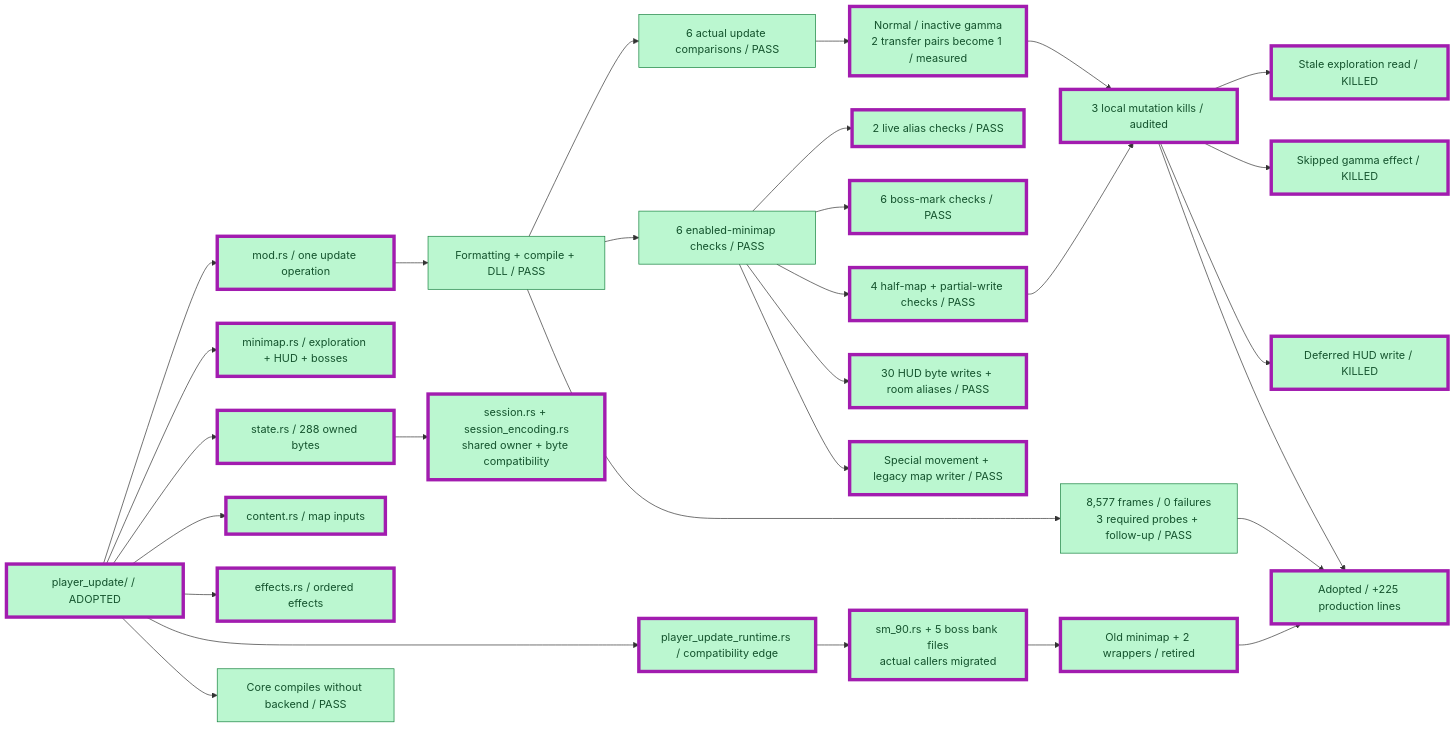
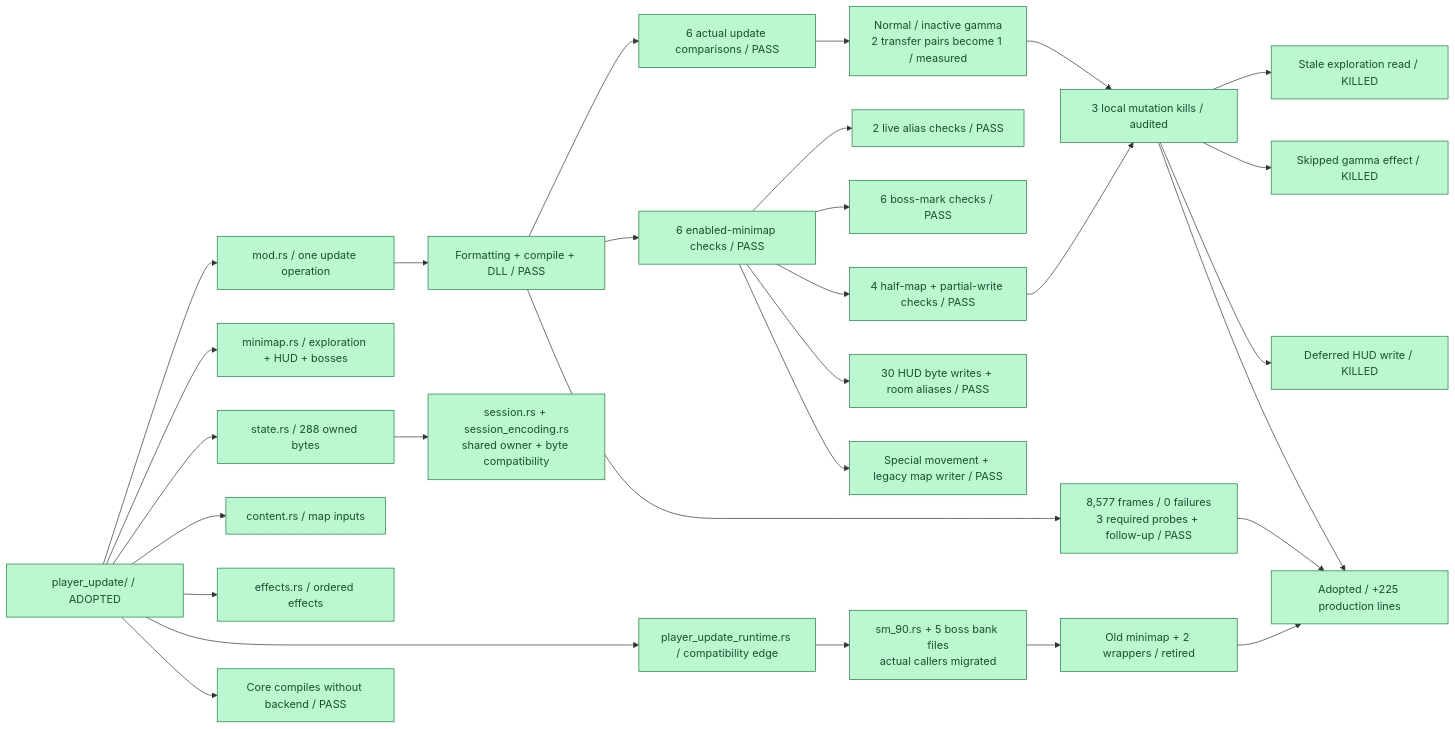
One commit to JimLundin/sm-decomp changed the third of 28 diagrams in PROGRESS.md. Above: the diagram before and after it, drawn with Mermaid. The commit also changed other lines of this file and 1 other file, not shown here.

````diff
--- a/PROGRESS.md
+++ b/PROGRESS.md
@@ -26,38 +61,37 @@
 ```mermaid
 flowchart LR
     UPDATE["player_update/ / ADOPTED"]:::done
     UPDATE --> API["mod.rs / one update operation"]:::done
     UPDATE --> MAP["minimap.rs / exploration + HUD + bosses"]:::done
     UPDATE --> STATE["state.rs / 288 owned bytes"]:::done
     UPDATE --> CONTENT["content.rs / map inputs"]:::done
     UPDATE --> EFFECTS["effects.rs / ordered effects"]:::done
     UPDATE --> HOST["player_update_runtime.rs / compatibility edge"]:::done
     STATE --> SESSION["session.rs + session_encoding.rs<br/>shared owner + byte compatibility"]:::done
     HOST --> CALLERS["sm_90.rs + 5 boss bank files<br/>actual callers migrated"]:::done
     CALLERS --> RETIRE["Old minimap + 2 wrappers / retired"]:::done
     API --> BUILD["Formatting + compile + DLL / PASS"]:::done
     UPDATE --> PURE["Core compiles without backend / PASS"]:::done
     BUILD --> BETA["6 actual update comparisons / PASS"]:::done
     BUILD --> ENABLED["6 enabled-minimap checks / PASS"]:::done
     BUILD --> MOVIE["8,577 frames / 0 failures<br/>3 required probes + follow-up / PASS"]:::done
     ENABLED --> ALIASES["2 live alias checks / PASS"]:::done
     ENABLED --> BOSS["6 boss-mark checks / PASS"]:::done
     ENABLED --> EDGES["4 half-map + partial-write checks / PASS"]:::done
     ENABLED --> CODEC["30 HUD byte writes + room aliases / PASS"]:::done
     ENABLED --> LEGACY["Special movement + legacy map writer / PASS"]:::done
     BETA --> TRANSFERS["Normal / inactive gamma<br/>2 transfer pairs become 1 / measured"]:::done
     EDGES --> MUT["3 local mutation kills / audited"]:::done
     TRANSFERS --> MUT
     MUT --> M1["Stale exploration read / KILLED"]:::done
     MUT --> M2["Skipped gamma effect / KILLED"]:::done
     MUT --> M3["Deferred HUD write / KILLED"]:::done
     RETIRE --> ADOPT["Adopted / +225 production lines"]:::done
     MOVIE --> ADOPT
     MUT --> ADOPT
-    class UPDATE,API,MAP,STATE,CONTENT,EFFECTS,HOST,SESSION,CALLERS,RETIRE,ALIASES,BOSS,EDGES,CODEC,LEGACY,TRANSFERS,MUT,M1,M2,M3,ADOPT changed
     classDef done fill:#bbf7d0,stroke:#15803d,color:#14532d
     classDef draft fill:#bfdbfe,stroke:#2563eb,color:#1e3a8a
     classDef active fill:#fed7aa,stroke:#ea580c,color:#7c2d12
     classDef pending fill:#f1f5f9,stroke:#94a3b8,color:#475569,stroke-dasharray:5 5
     classDef changed stroke:#a21caf,stroke-width:5px
 ```
````
